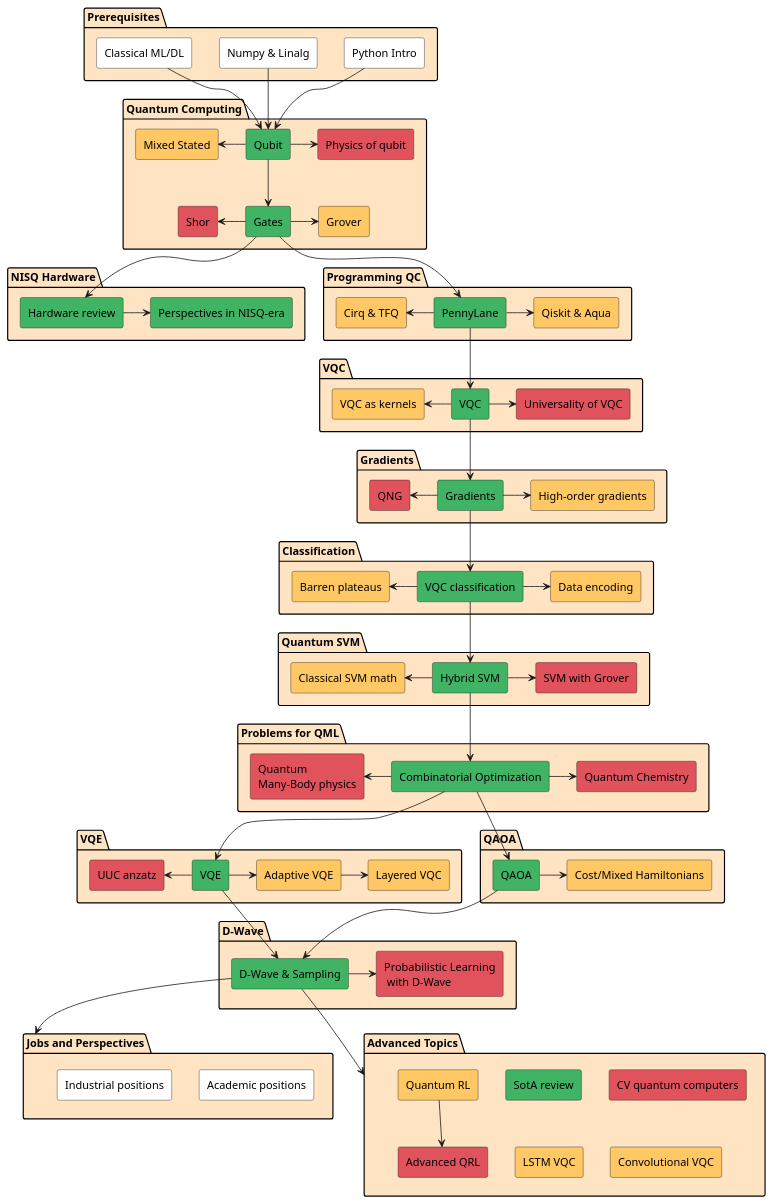
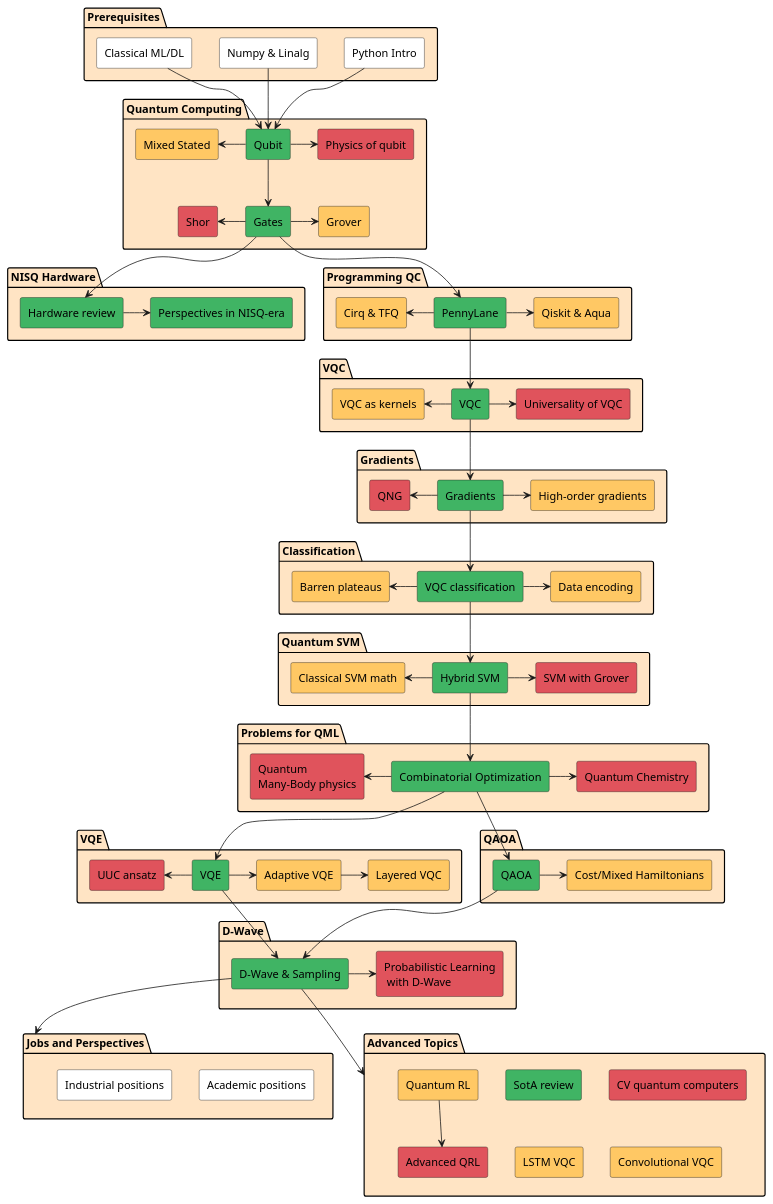
Before and after one commit to quantum-ods/qmlcourse: the diagram in qmlcourseRU/_static/index/program.plantuml, drawn with PlantUML.

Commit message:
Update program.plantuml
Anzatz -> Ansatz spelling fix

```diff
--- a/qmlcourseRU/_static/index/program.plantuml
+++ b/qmlcourseRU/_static/index/program.plantuml
@@ -1,144 +1,144 @@
 @startuml
 package "Prerequisites" #Bisque {
         rectangle "Python Intro" as python #White
         rectangle "Numpy & Linalg" as numpy #White
         rectangle "Classical ML/DL" as ml #White
 }
 
 package "Quantum Computing" as qci #Bisque {
         rectangle "Qubit" as qubit #40B464
         rectangle "Gates" as gates #40B464
         rectangle "Physics of qubit" as physq #E0535C
         rectangle "Mixed Stated" as mixed #FFC864
         rectangle "Grover" as grover #FFC864
         rectangle "Shor" as shor #E0535C
 }
 
 package "NISQ Hardware" #Bisque {
         rectangle "Hardware review" as review #40B464
         rectangle "Perspectives in NISQ-era" as nisq #40B464
 }
 
 package "Programming QC" #Bisque {
         rectangle "PennyLane" as pennylane #40B464
         rectangle "Qiskit & Aqua" as qiskit #FFC864
         rectangle "Cirq & TFQ" as cirq #FFC864
 }
 
 package "VQC" #Bisque {
         rectangle "VQC" as vqc #40B464
         rectangle "VQC as kernels" as kernelvqc #FFC864
         rectangle "Universality of VQC" as univvqc #E0535C
 }
 
 package "Gradients" #Bisque {
         rectangle "Gradients" as grad #40B464
         rectangle "High-order gradients" as hograd #FFC864
         rectangle "QNG" as qng #E0535C
 }
 
 package "Classification" #Bisque {
         rectangle "VQC classification" as vqcc #40B464
         rectangle "Barren plateaus" as barren #FFC864
         rectangle "Data encoding" as encoding #FFC864
 }
 
 package "Quantum SVM" #Bisque {
         rectangle "Hybrid SVM" as hsvm #40B464
         rectangle "Classical SVM math" as csvm #FFC864
         rectangle "SVM with Grover" as gsvm #E0535C
 }
 
 package "Problems for QML" #Bisque {
         rectangle "Combinatorial Optimization" as copt #40B464
         rectangle "Quantum\nMany-Body physics" as qmbp #E0535C
         rectangle "Quantum Chemistry" as qchem #E0535C
 }
 
 package "VQE" #Bisque {
         rectangle "VQE" as vqe #40B464
         rectangle "Adaptive VQE" as avqe #FFC864
         rectangle "Layered VQC" as lvqe #FFC864
-        rectangle "UUC anzatz" as uuc #E0535C
+        rectangle "UUC ansatz" as uuc #E0535C
 }
 
 package "QAOA" #Bisque {
         rectangle "QAOA" as qaoa #40B464
         rectangle "Cost/Mixed Hamiltonians" as hams #FFC864
 }
 
 package "D-Wave" #Bisque {
         rectangle "D-Wave & Sampling" as dwave #40B464
         rectangle "Probabilistic Learning\n with D-Wave" as probml #E0535C
 }
 
 package "Jobs and Perspectives" as jobs #Bisque {
         rectangle "Academic positions" as academic #White
         rectangle "Industrial positions" as industrial #White
 }
 
 package "Advanced Topics" as adv #Bisque {
         rectangle "SotA review" as sota #40B464
         rectangle "Quantum RL" as qrl #FFC864
         rectangle "Advanced QRL" as aqrl #E0535C
         rectangle "CV quantum computers" as svqc #E0535C
         rectangle "LSTM VQC" as lstm #FFC864
         rectangle "Convolutional VQC" as convvqc #FFC864
 }
 
 
 python --> qubit
 numpy --> qubit
 ml --> qubit
 
 qubit --> gates
 qubit -> physq
 mixed <- qubit
 gates -> grover
 shor <- gates
 
 gates --> review
 review -> nisq
 
 gates --> pennylane
 cirq <- pennylane
 pennylane -> qiskit
 
 pennylane --> vqc
 kernelvqc <- vqc
 vqc -> univvqc
 
 vqc --> grad
 qng <- grad
 grad -> hograd
 
 grad --> vqcc
 barren <- vqcc
 vqcc -> encoding
 
 vqcc --> hsvm
 csvm <- hsvm
 hsvm -> gsvm
 
 hsvm --> copt
 qmbp <- copt
 copt -> qchem
 
 copt --> vqe
 uuc <- vqe
 vqe -> avqe
 avqe -> lvqe
 
 copt --> qaoa
 qaoa -> hams
 
 qaoa --> dwave
 vqe --> dwave
 dwave -> probml
 
 dwave --> jobs
 
 dwave -->adv
 qrl --> aqrl
 
 @enduml
```
